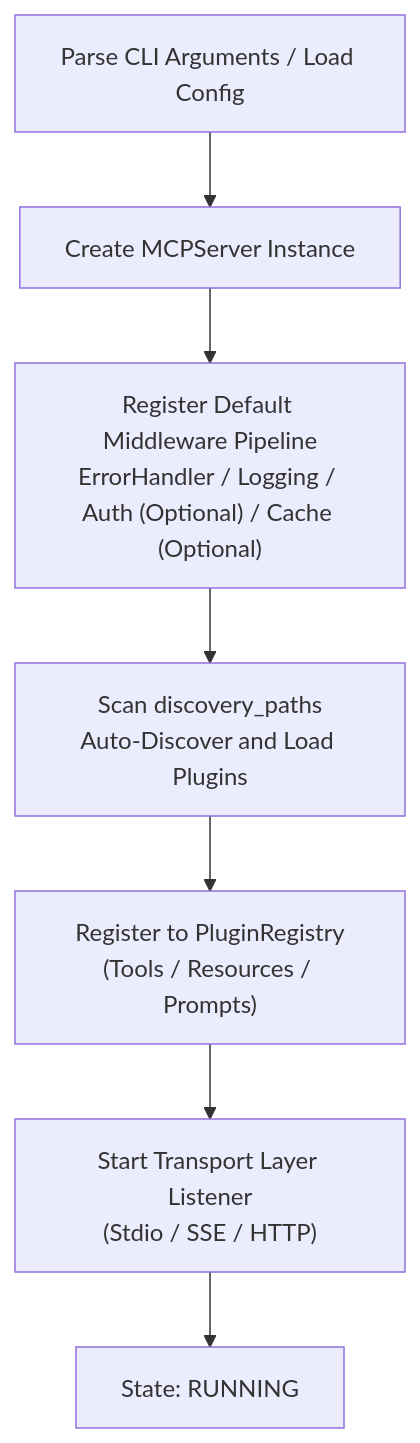
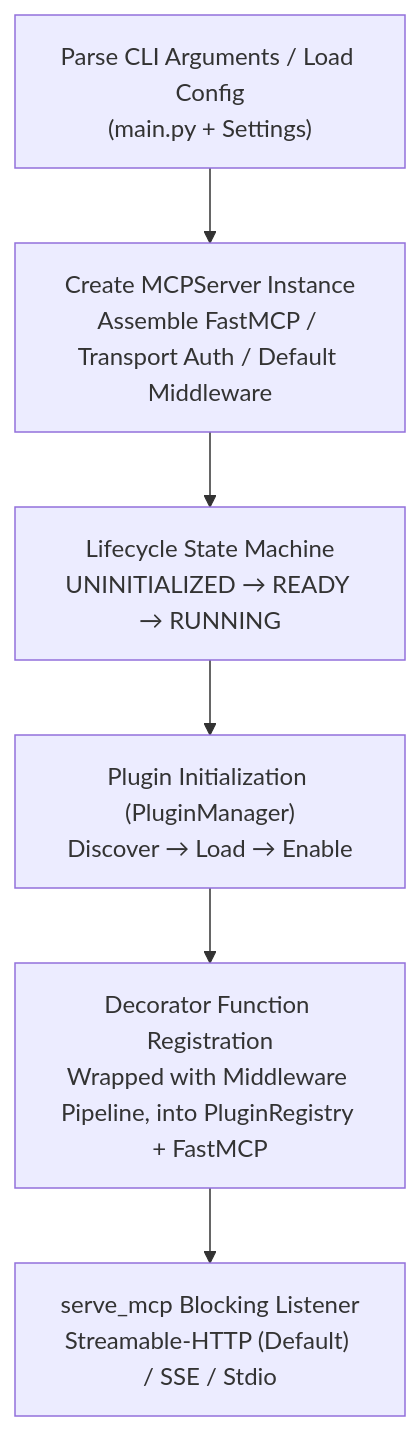
The second of 4 diagrams in README.en.md (chain-engine/x-QiuChi), drawn with Mermaid before and after one commit. The commit also changed other lines of this file and 2 other files, not shown here.

````diff
--- a/README.en.md
+++ b/README.en.md
@@ -413,9 +415,8 @@
 ```mermaid
 flowchart TD
-    S1["Parse CLI Arguments / Load Config"] --> S2["Create MCPServer Instance"]
-    S2 --> S3["Register Default Middleware Pipeline<br/>ErrorHandler / Logging / Auth (Optional) / Cache (Optional)"]
-    S3 --> S4["Scan discovery_paths<br/>Auto-Discover and Load Plugins"]
-    S4 --> S5["Register to PluginRegistry<br/>(Tools / Resources / Prompts)"]
-    S5 --> S6["Start Transport Layer Listener<br/>(Stdio / SSE / HTTP)"]
-    S6 --> S7["State: RUNNING"]
+    S1["Parse CLI Arguments / Load Config<br/>(main.py + Settings)"] --> S2["Create MCPServer Instance<br/>Assemble FastMCP / Transport Auth / Default Middleware"]
+    S2 --> S3["Lifecycle State Machine<br/>UNINITIALIZED → READY → RUNNING"]
+    S3 --> S4["Plugin Initialization (PluginManager)<br/>Discover → Load → Enable"]
+    S4 --> S5["Decorator Function Registration<br/>Wrapped with Middleware Pipeline, into PluginRegistry + FastMCP"]
+    S5 --> S6["serve_mcp Blocking Listener<br/>Streamable-HTTP (Default) / SSE / Stdio"]
 ```
````
